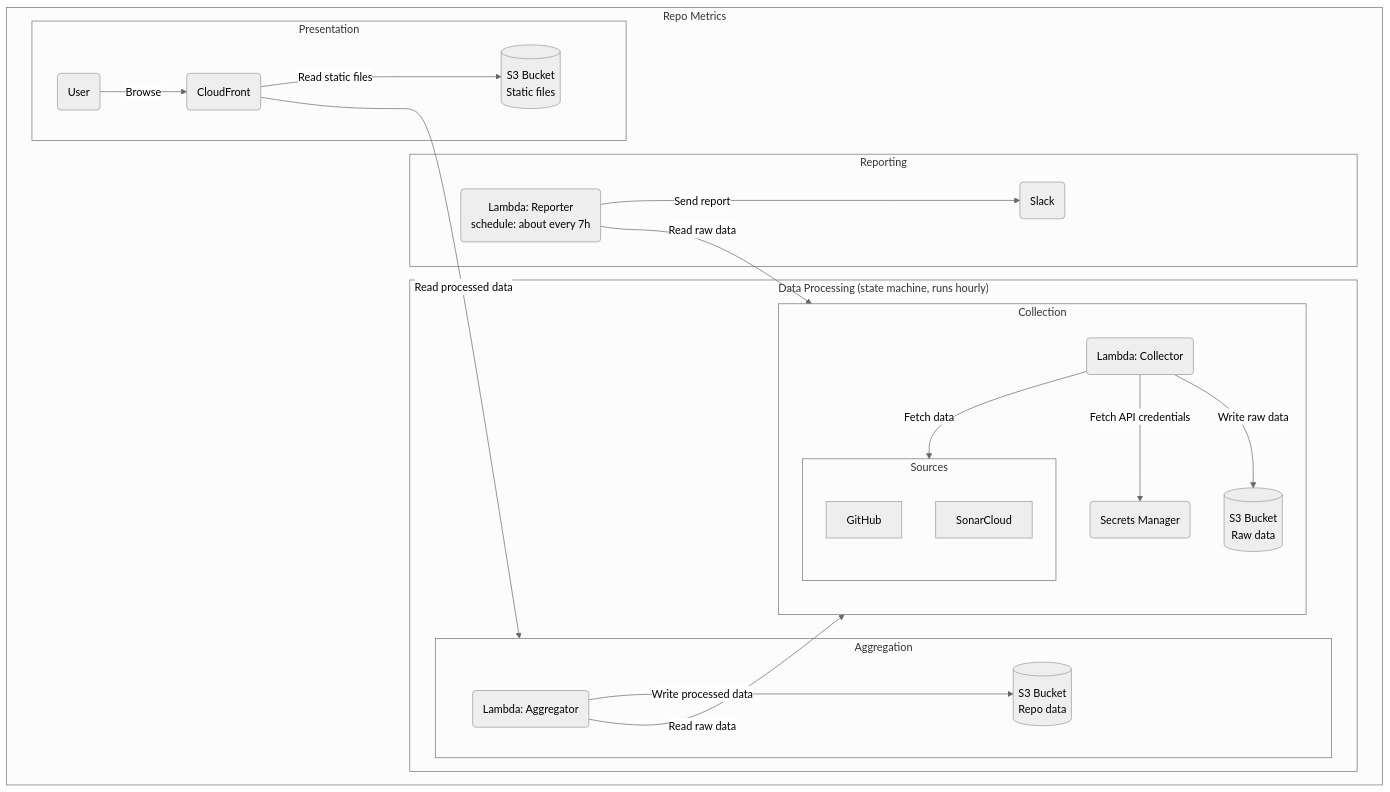
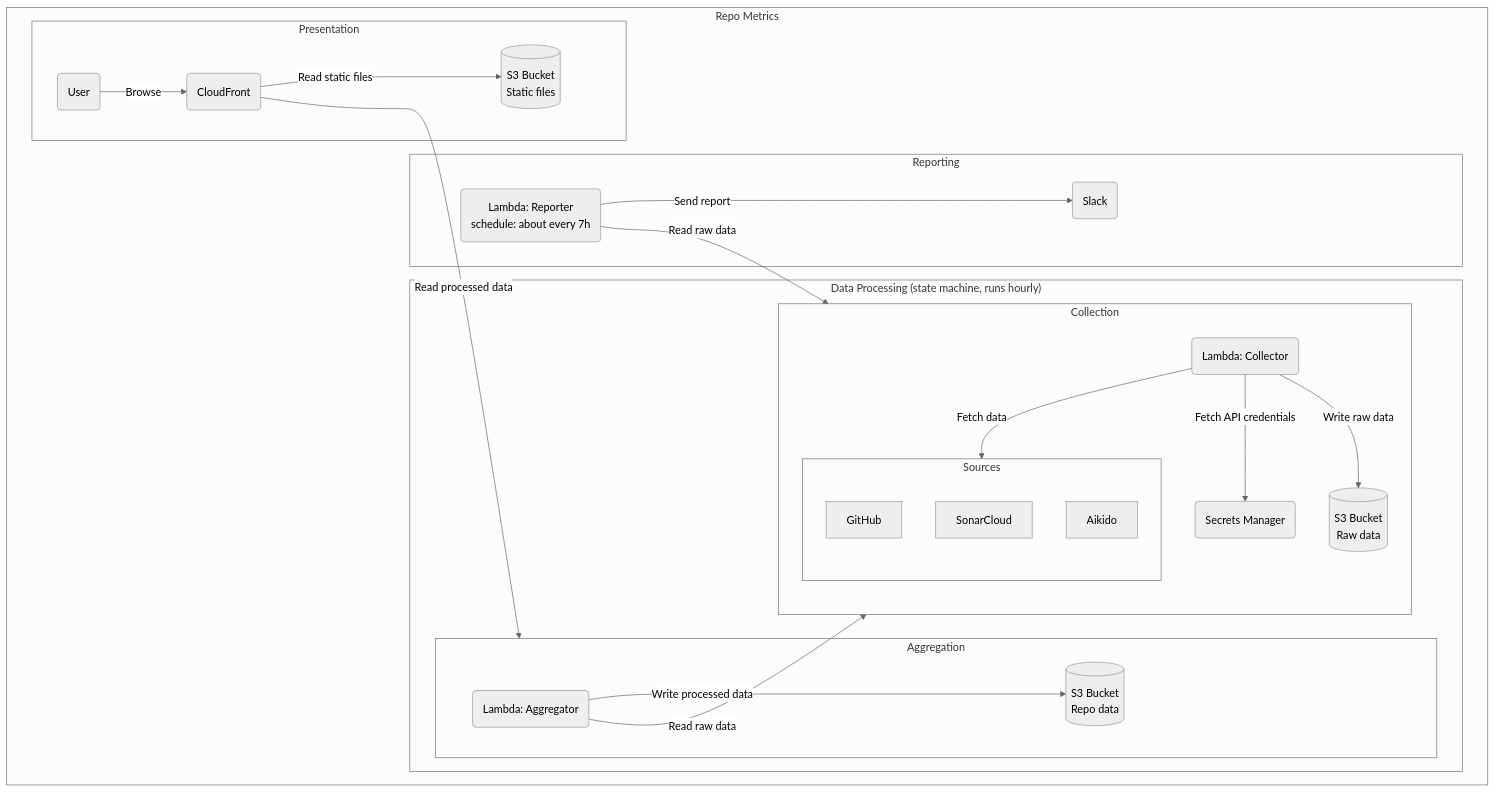
Before and after one commit to capralifecycle/liflig-repo-metrics: the diagram in README.md, drawn with Mermaid. The commit also changed other lines of this file, not shown here.

````diff
--- a/README.md
+++ b/README.md
@@ -16,47 +16,48 @@
 ```mermaid
 %%{init: {'theme':'neutral'}}%%
 graph TB
 subgraph Repo Metrics
 
   subgraph Sources
     GitHub
     SonarCloud
+    Aikido
   end
 
   subgraph "Data Processing (state machine, runs hourly)"
     subgraph Collection
       collector(Lambda: Collector)
       secrets(Secrets Manager)
-      raw_data[(S3 Bucket</br>Raw data)]
+      raw_data[(S3 Bucket<br/>Raw data)]
       collector -- Fetch API credentials --> secrets
       collector -- Fetch data --> Sources
       collector -- Write raw data --> raw_data
     end
 
     subgraph Aggregation
       aggregator(Lambda: Aggregator)
-      processed_data[(S3 Bucket</br>Repo data)]
+      processed_data[(S3 Bucket<br/>Repo data)]
       aggregator -- Write processed data --> processed_data
     end
   end
 
   subgraph Reporting
-    report(Lambda: Reporter</br>schedule: about every 7h)
+    report(Lambda: Reporter<br/>schedule: about every 7h)
     chat(Slack)
     report -- Send report --> chat
   end
 
   subgraph Presentation
     cf(CloudFront)
-    static_files[(S3 Bucket</br>Static files)]
+    static_files[(S3 Bucket<br/>Static files)]
     user(User)
     cf -- Read static files --> static_files
     user -- Browse --> cf
   end
 
   aggregator -- Read raw data --> Collection
   report -- Read raw data --> Collection
   cf -- Read processed data --> Aggregation
 
 end
 ```
````
